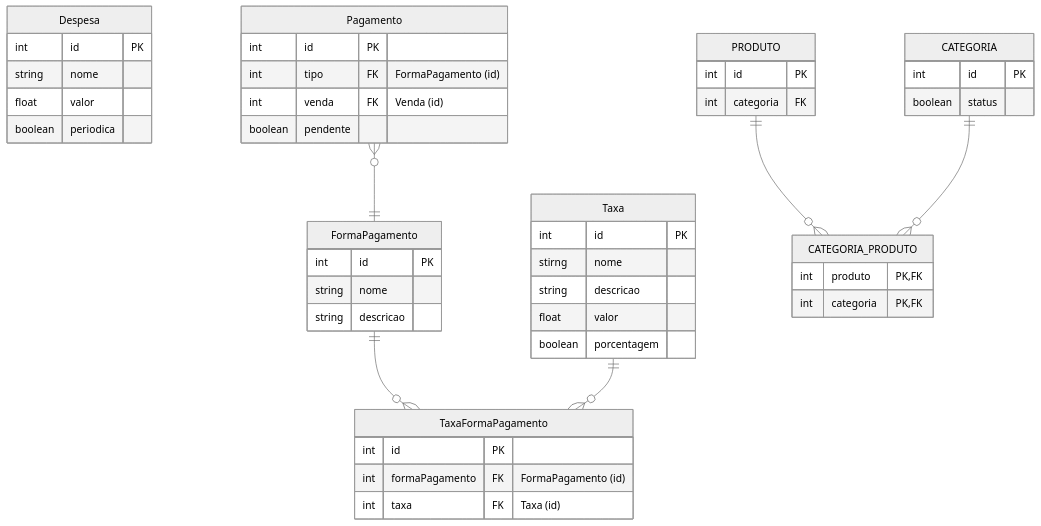
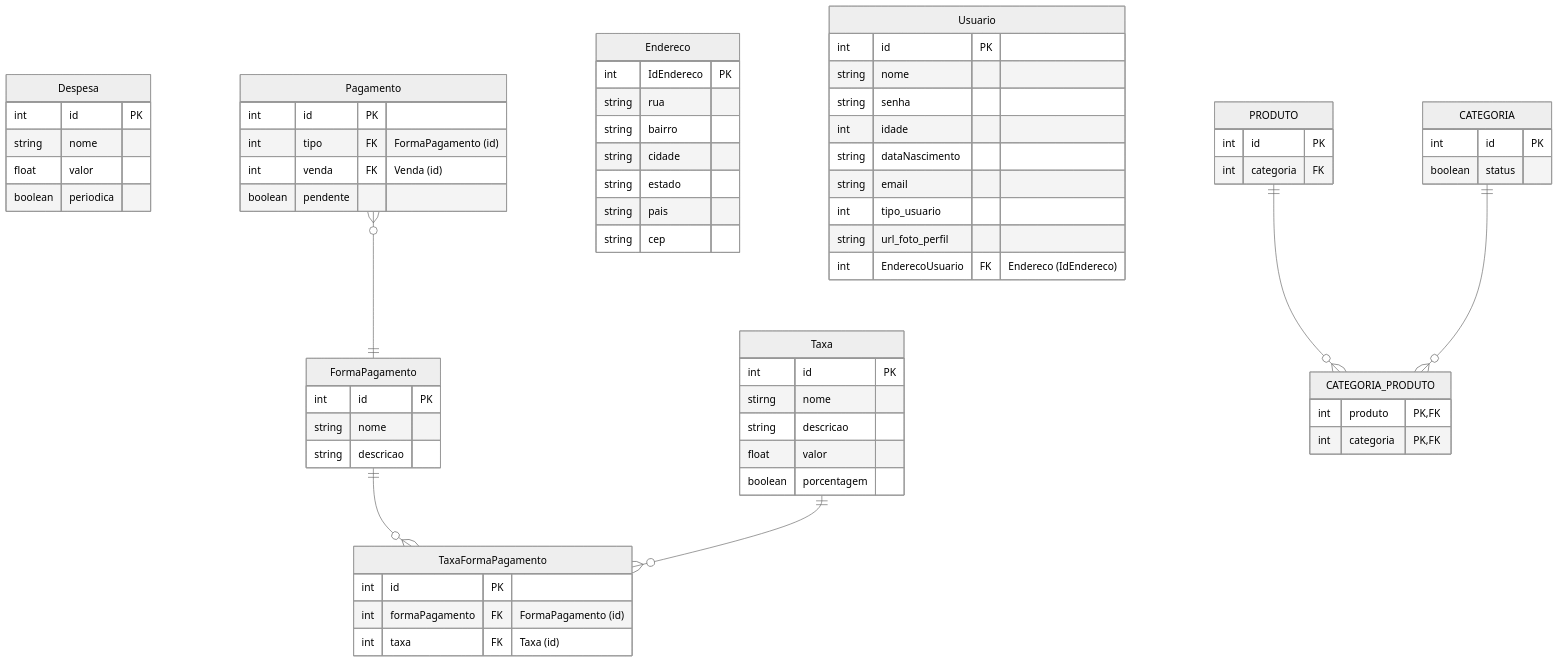
The diagram in docs/documento-de-modelos.md (Control-Cash/controlcash), drawn with Mermaid (neutral theme) before and after one commit.

Commit message:
Adicionando a tabela usuario e endereco #30

```diff
--- a/docs/documento-de-modelos.md
+++ b/docs/documento-de-modelos.md
@@ -38,7 +38,30 @@
     float valor
     boolean porcentagem
   }
-
+  
+  Endereco 
+  {
+    int IdEndereco PK
+    string rua
+    string bairro
+    string cidade
+    string estado
+    string pais
+    string cep
+  }
+  
+  Usuario {
+    int id PK
+    string nome
+    string senha
+    int idade
+    string dataNascimento
+    string email
+    int tipo_usuario
+    string url_foto_perfil
+    int EnderecoUsuario FK "Endereco (IdEndereco)"
+  }
+ 
   %% conexões
   Pagamento }o--|| FormaPagamento : ""
   FormaPagamento ||--o{ TaxaFormaPagamento : ""
```
